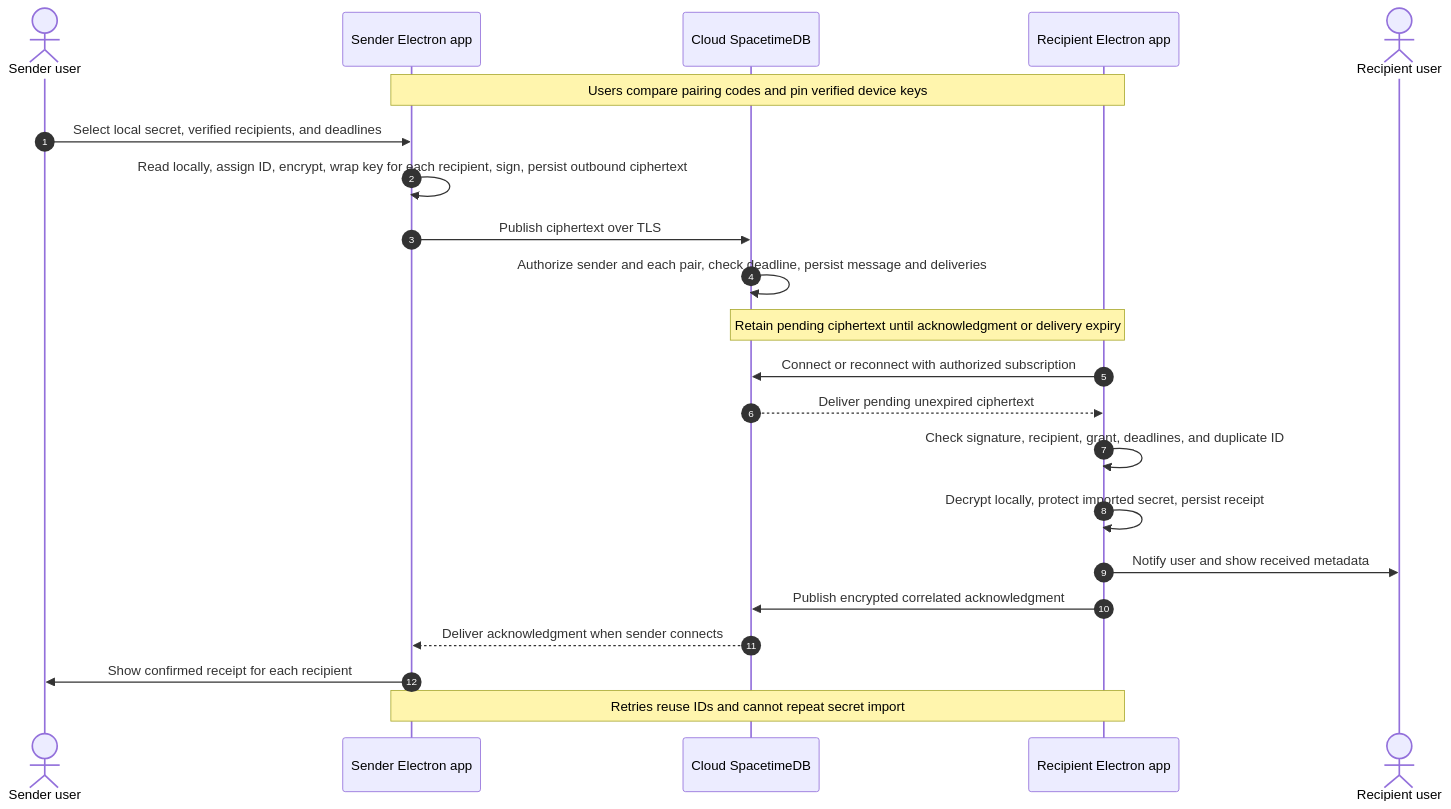
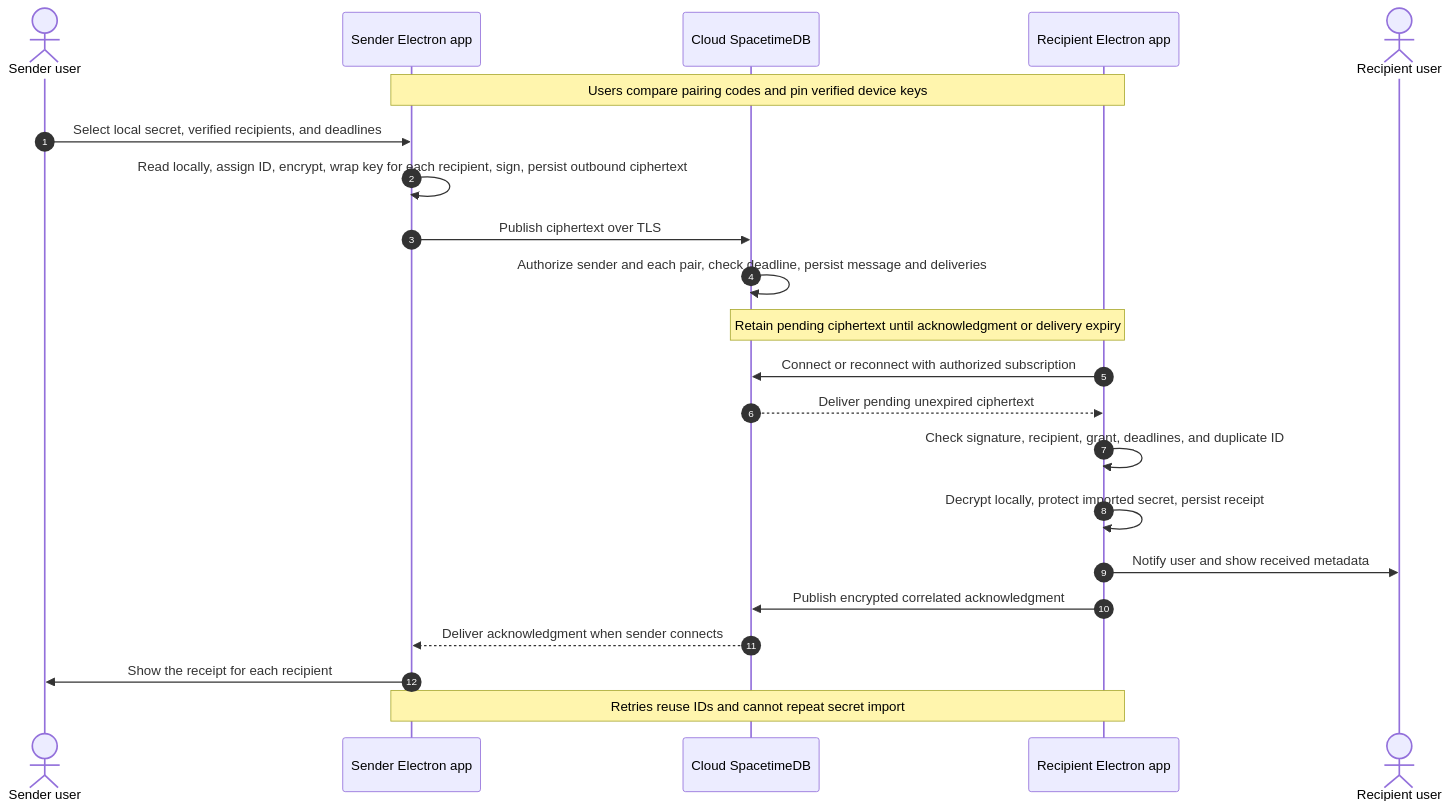
One commit to LakshyaDhingra/.sct changed the second of 2 diagrams in docs/architecture.md. Above: the diagram before and after it, drawn with Mermaid. The commit also changed other lines of this file and 10 other files, not shown here.

````diff
--- a/docs/architecture.md
+++ b/docs/architecture.md
@@ -69,24 +69,24 @@
 ```mermaid
 sequenceDiagram
   autonumber
   actor SUser as Sender user
   participant S as Sender Electron app
   participant DB as Cloud SpacetimeDB
   participant R as Recipient Electron app
   actor RUser as Recipient user
   Note over S,R: Users compare pairing codes and pin verified device keys
   SUser->>S: Select local secret, verified recipients, and deadlines
   S->>S: Read locally, assign ID, encrypt, wrap key for each recipient, sign, persist outbound ciphertext
   S->>DB: Publish ciphertext over TLS
   DB->>DB: Authorize sender and each pair, check deadline, persist message and deliveries
   Note over DB,R: Retain pending ciphertext until acknowledgment or delivery expiry
   R->>DB: Connect or reconnect with authorized subscription
   DB-->>R: Deliver pending unexpired ciphertext
   R->>R: Check signature, recipient, grant, deadlines, and duplicate ID
   R->>R: Decrypt locally, protect imported secret, persist receipt
   R->>RUser: Notify user and show received metadata
   R->>DB: Publish encrypted correlated acknowledgment
   DB-->>S: Deliver acknowledgment when sender connects
-  S->>SUser: Show confirmed receipt for each recipient
+  S->>SUser: Show the receipt for each recipient
   Note over S,R: Retries reuse IDs and cannot repeat secret import
 ```
````
